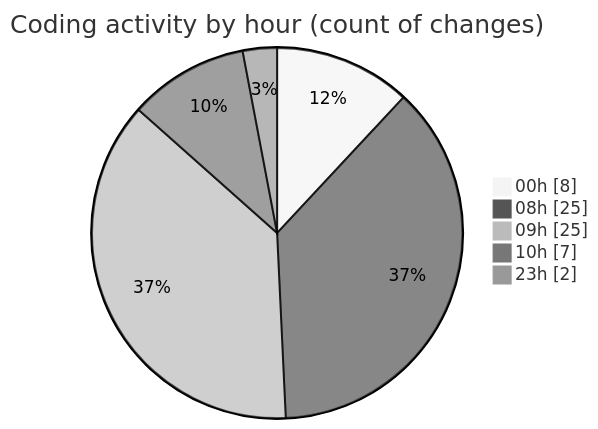
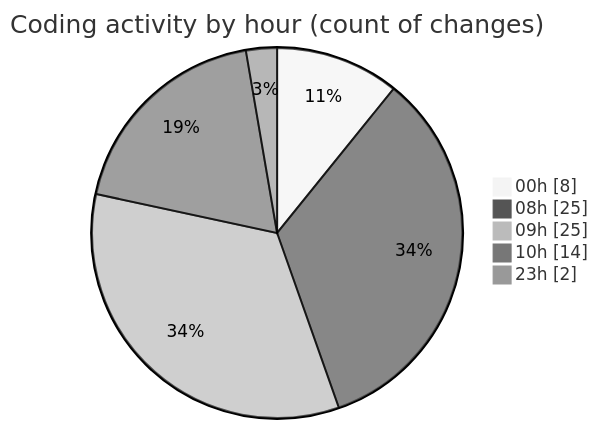
Before and after one commit to EIIisD/code-tracking: the second of 2 diagrams in 2025-08-13/ribbon/README.md, drawn with Mermaid (neutral theme). The commit also changed other lines of this file and 1 other file, not shown here.

````diff
--- a/2025-08-13/ribbon/README.md
+++ b/2025-08-13/ribbon/README.md
@@ -38,9 +38,9 @@
 ```mermaid
 pie showData
 title Coding activity by hour (count of changes)
 "00h" : 8
 "08h" : 25
 "09h" : 25
-"10h" : 7
+"10h" : 14
 "23h" : 2
 ```
````
